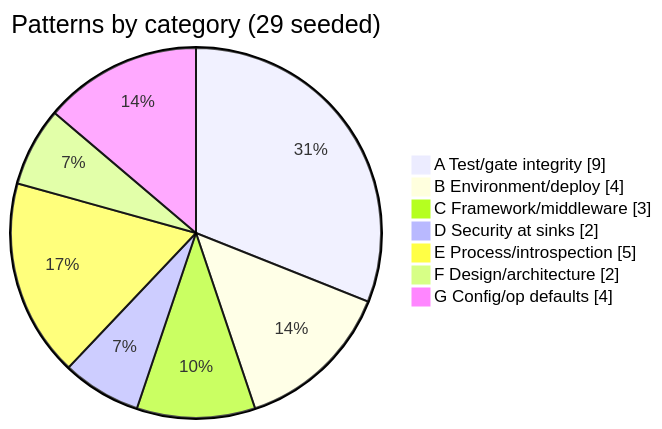
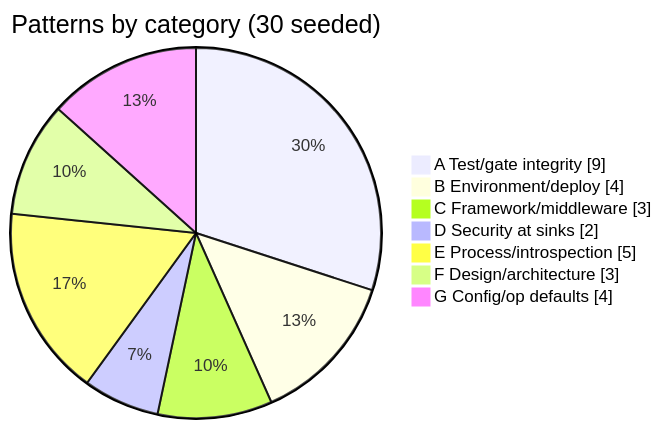
Before and after one commit to pranems/SCIMServer: the second of 2 diagrams in docs/strategy/ENGINEERING_LESSONS_AND_PATTERNS.md, drawn with Mermaid. The commit also changed other lines of this file and 8 other files, not shown here.

````diff
--- a/docs/strategy/ENGINEERING_LESSONS_AND_PATTERNS.md
+++ b/docs/strategy/ENGINEERING_LESSONS_AND_PATTERNS.md
@@ -92,11 +92,11 @@
 ```mermaid
 pie showData
-    title Patterns by category (29 seeded)
+    title Patterns by category (30 seeded)
     "A Test/gate integrity" : 9
     "B Environment/deploy" : 4
     "C Framework/middleware" : 3
     "D Security at sinks" : 2
     "E Process/introspection" : 5
-    "F Design/architecture" : 2
+    "F Design/architecture" : 3
     "G Config/op defaults" : 4
 ```
````
